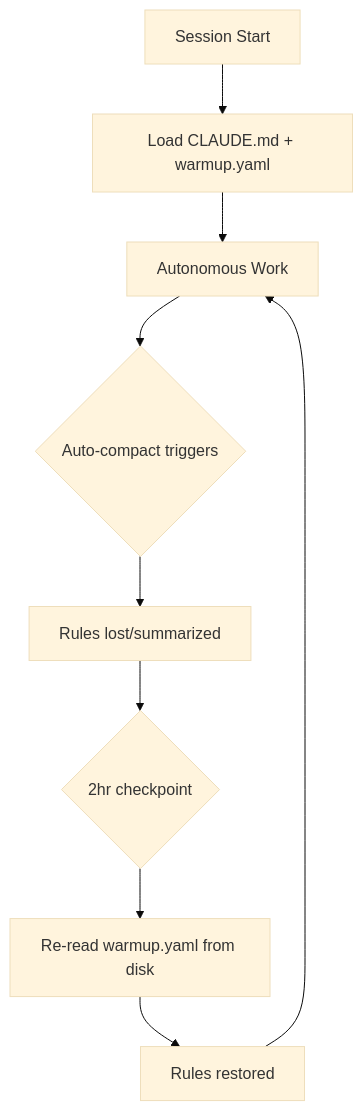
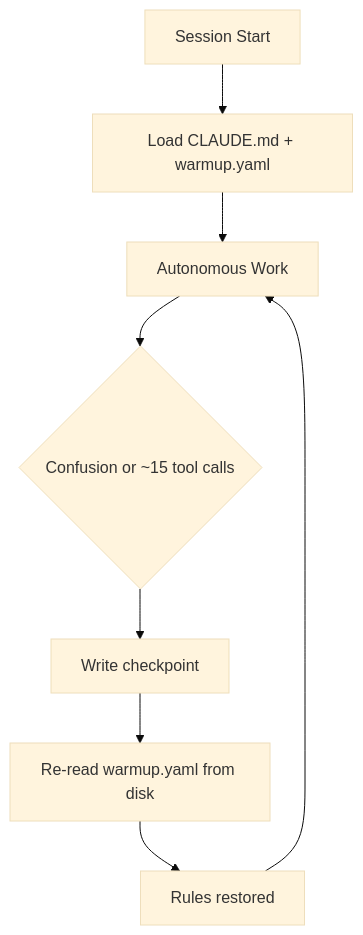
The second of 2 diagrams in README.md (royalbit/asimov), drawn with Mermaid (base theme) before and after one commit. The commit also changed other lines of this file and 9 other files, not shown here.

````diff
--- a/README.md
+++ b/README.md
@@ -356,11 +362,10 @@
 ```mermaid
 flowchart TD
     A[Session Start] --> B[Load CLAUDE.md + warmup.yaml]
     B --> C[Autonomous Work]
-    C --> D{Auto-compact triggers}
-    D --> E[Rules lost/summarized]
-    E --> F{2hr checkpoint}
-    F --> G[Re-read warmup.yaml from disk]
-    G --> H[Rules restored]
-    H --> C
+    C --> D{Confusion or ~15 tool calls}
+    D --> E[Write checkpoint]
+    E --> F[Re-read warmup.yaml from disk]
+    F --> G[Rules restored]
+    G --> C
 ```
````
